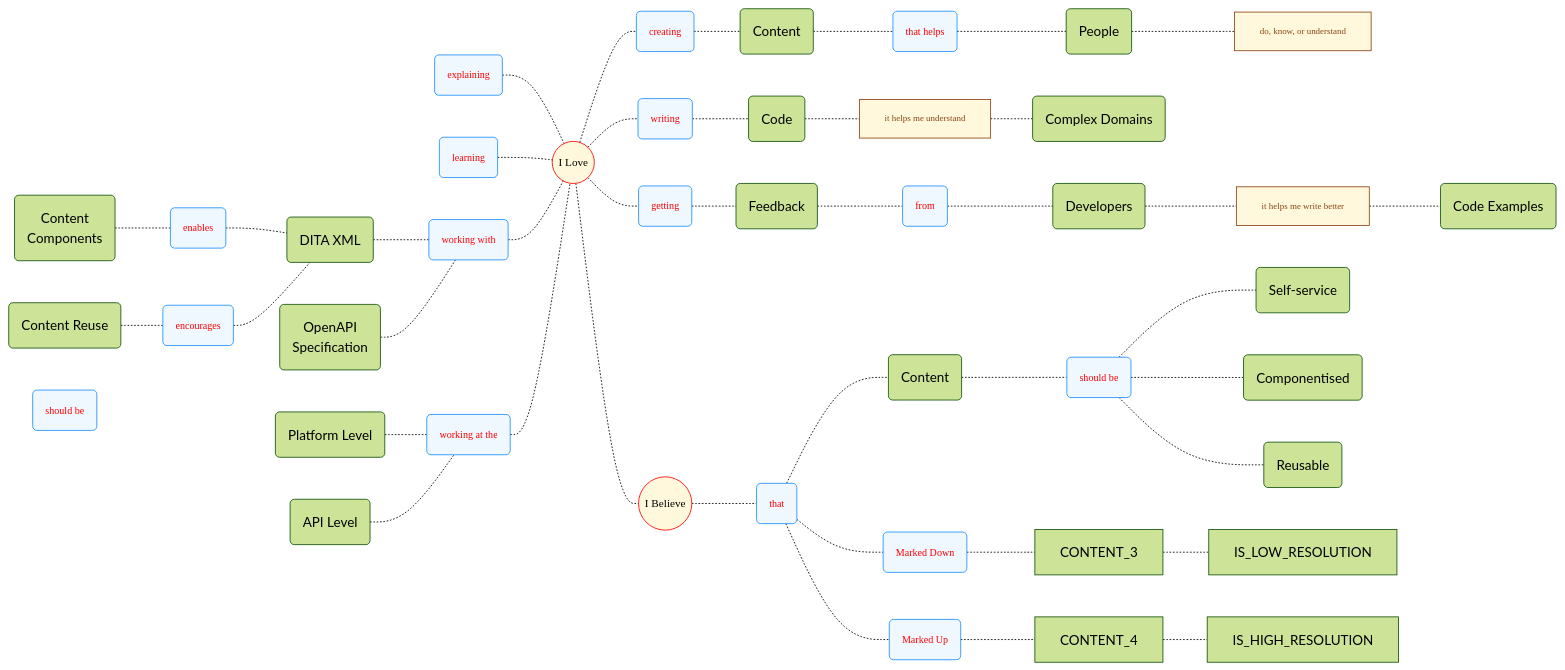
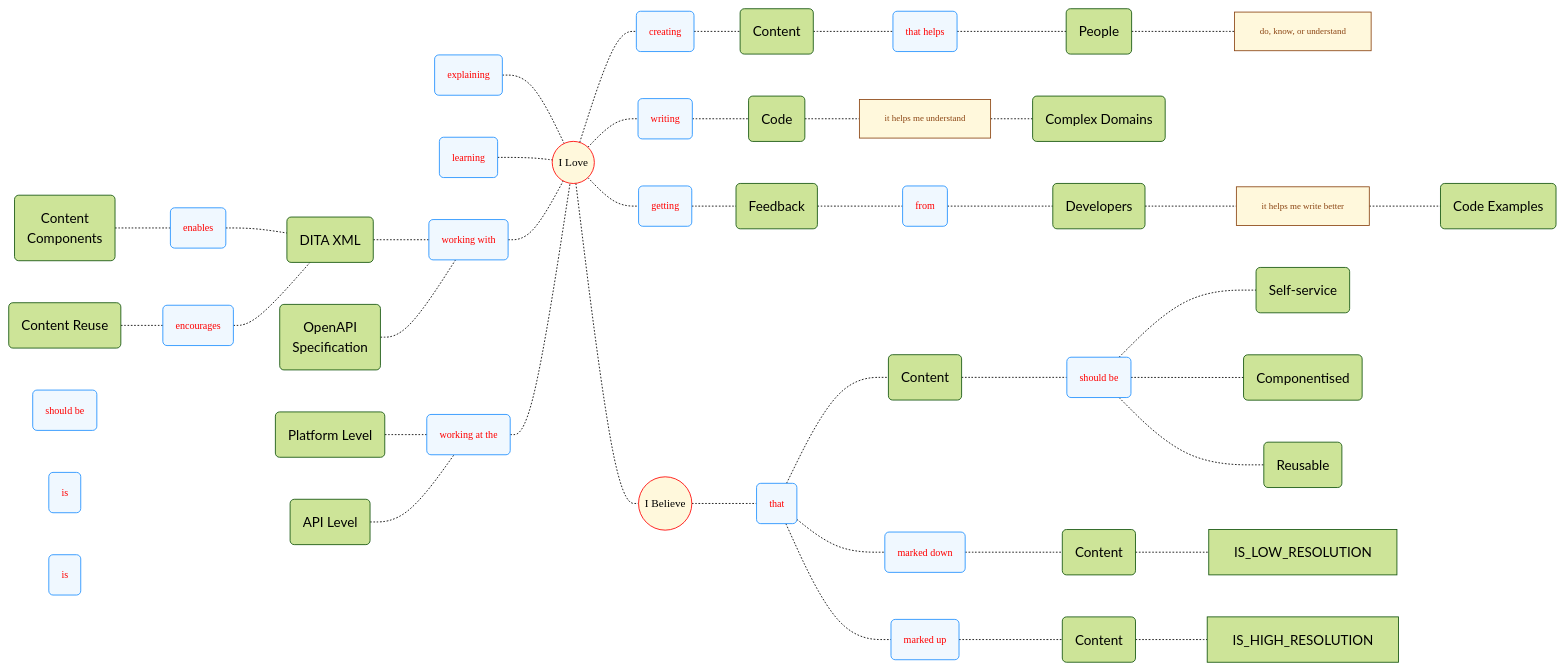
One commit to joe-dorward/samples changed the diagram in my_mindmap.md. Above: the diagram before and after it, drawn with Mermaid.

````diff
--- a/my_mindmap.md
+++ b/my_mindmap.md
@@ -102,13 +102,17 @@
 SHOULD_BE-.-REUSABLE
 
 %% ---------- ---------- ---------- ---------- ----------
-MARKED_DOWN("Marked Down")
-MARKED_UP("Marked Up")
+MARKED_DOWN("marked down")
+CONTENT_3("Content")
+IS_1("is")
+MARKED_UP("marked up")
+CONTENT_4("Content")
+IS_2("is")
 
 THAT-.-
 MARKED_DOWN-.-CONTENT_3-.-IS_LOW_RESOLUTION
 THAT-.-
 MARKED_UP-.-CONTENT_4-.-IS_HIGH_RESOLUTION
 
-class MARKED_DOWN,MARKED_UP Verb;
+class MARKED_DOWN,IS_1,MARKED_UP,IS_2 Verb;
 ```
````
